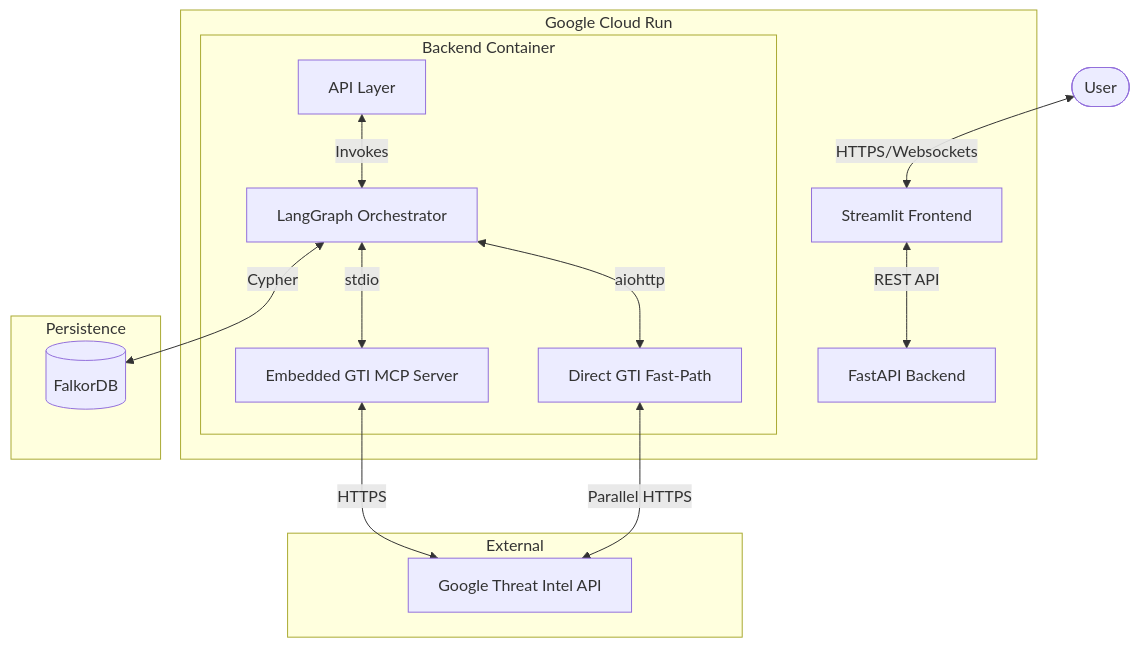
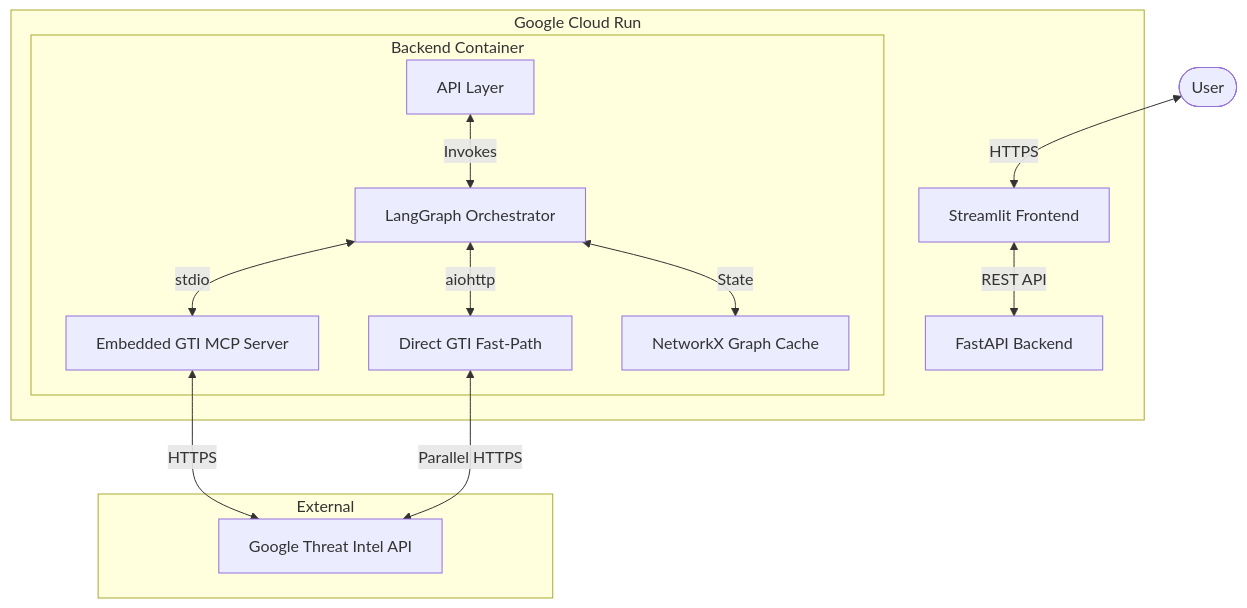
One commit to repulsivityy/project_harimau changed the diagram in docs/architecture.md. Above: the diagram before and after it, drawn with Mermaid. The commit also changed other lines of this file and 5 other files, not shown here.

````diff
--- a/docs/architecture.md
+++ b/docs/architecture.md
@@ -7,23 +7,20 @@
 ```mermaid
 graph TD
-    User([User]) <-->|HTTPS/Websockets| Frontend[Streamlit Frontend]
+    User([User]) <-->|HTTPS| Frontend[Streamlit Frontend]
     
     subgraph "Google Cloud Run"
         Frontend <-->|REST API| Backend[FastAPI Backend]
         
         subgraph "Backend Container"
             BackendAPI[API Layer] <-->|Invokes| LG[LangGraph Orchestrator]
             LG <-->|stdio| MCP[Embedded GTI MCP Server]
             LG <-->|aiohttp| DirectAPI[Direct GTI Fast-Path]
+            LG <-->|State| Cache[NetworkX Graph Cache]
         end
-    end
-    
-    subgraph "Persistence"
-        LG <-->|Cypher| GraphDB[(FalkorDB)]
     end
     
     subgraph "External"
         MCP <-->|HTTPS| GoogleTI[Google Threat Intel API]
         DirectAPI <-->|Parallel HTTPS| GoogleTI
     end
 ```
````
